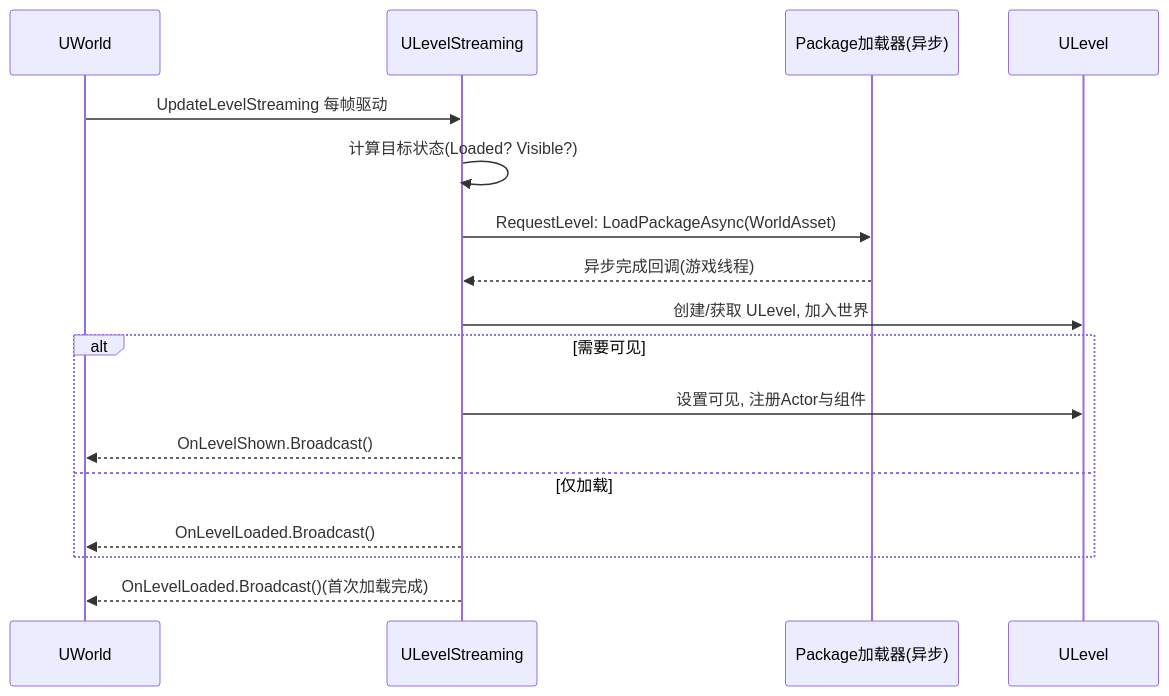
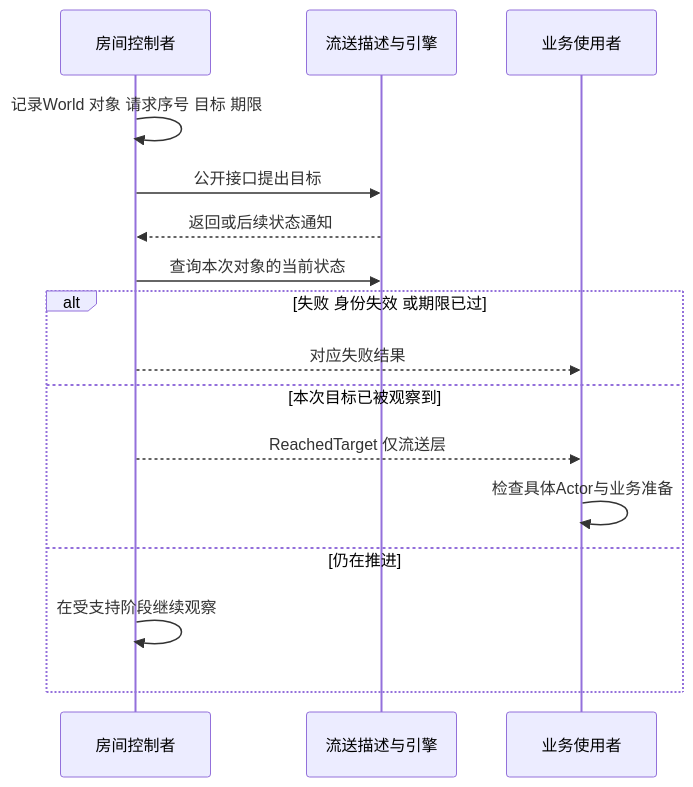
One commit to fantuan812/learning changed the fourth of 5 diagrams in 知识/03-引擎架构与资源系统/世界组织与资源加载/08-关卡流送LevelStreaming.md. Above: the diagram before and after it, drawn with Mermaid. The commit also changed other lines of this file and 1 other file, not shown here.

````diff
--- a/知识/03-引擎架构与资源系统/世界组织与资源加载/08-关卡流送LevelStreaming.md
+++ b/知识/03-引擎架构与资源系统/世界组织与资源加载/08-关卡流送LevelStreaming.md
@@ -143,19 +174,18 @@
 ```mermaid
 sequenceDiagram
-    participant W as UWorld
-    participant LS as ULevelStreaming
-    participant PKG as Package加载器(异步)
-    participant L as ULevel
-    W->>LS: UpdateLevelStreaming 每帧驱动
-    LS->>LS: 计算目标状态(Loaded? Visible?)
-    LS->>PKG: RequestLevel: LoadPackageAsync(WorldAsset)
-    PKG-->>LS: 异步完成回调(游戏线程)
-    LS->>L: 创建/获取 ULevel, 加入世界
-    alt 需要可见
-        LS->>L: 设置可见, 注册Actor与组件
-        LS-->>W: OnLevelShown.Broadcast()
-    else 仅加载
-        LS-->>W: OnLevelLoaded.Broadcast()
+    participant C as 房间控制者
+    participant S as 流送描述与引擎
+    participant B as 业务使用者
+    C->>C: 记录World 对象 请求序号 目标 期限
+    C->>S: 公开接口提出目标
+    S-->>C: 返回或后续状态通知
+    C->>S: 查询本次对象的当前状态
+    alt 失败 身份失效 或期限已过
+        C-->>B: 对应失败结果
+    else 本次目标已被观察到
+        C-->>B: ReachedTarget 仅流送层
+        B->>B: 检查具体Actor与业务准备
+    else 仍在推进
+        C->>C: 在受支持阶段继续观察
     end
-    LS-->>W: OnLevelLoaded.Broadcast()(首次加载完成)
 ```
````
